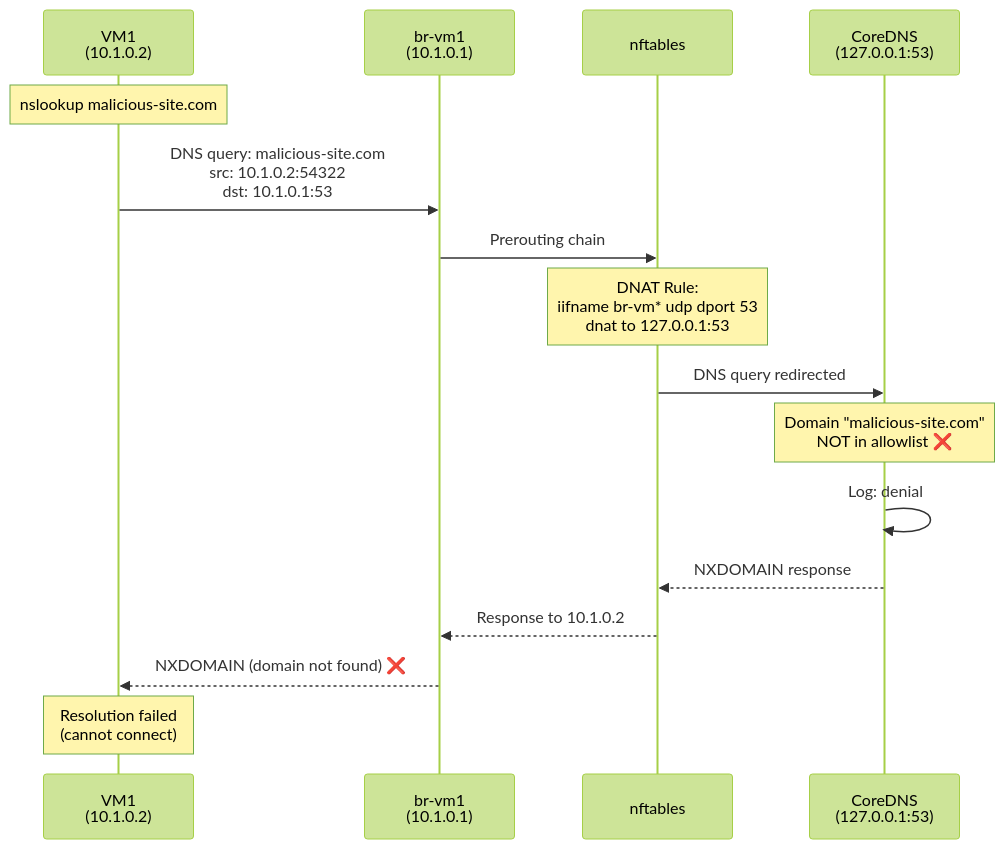
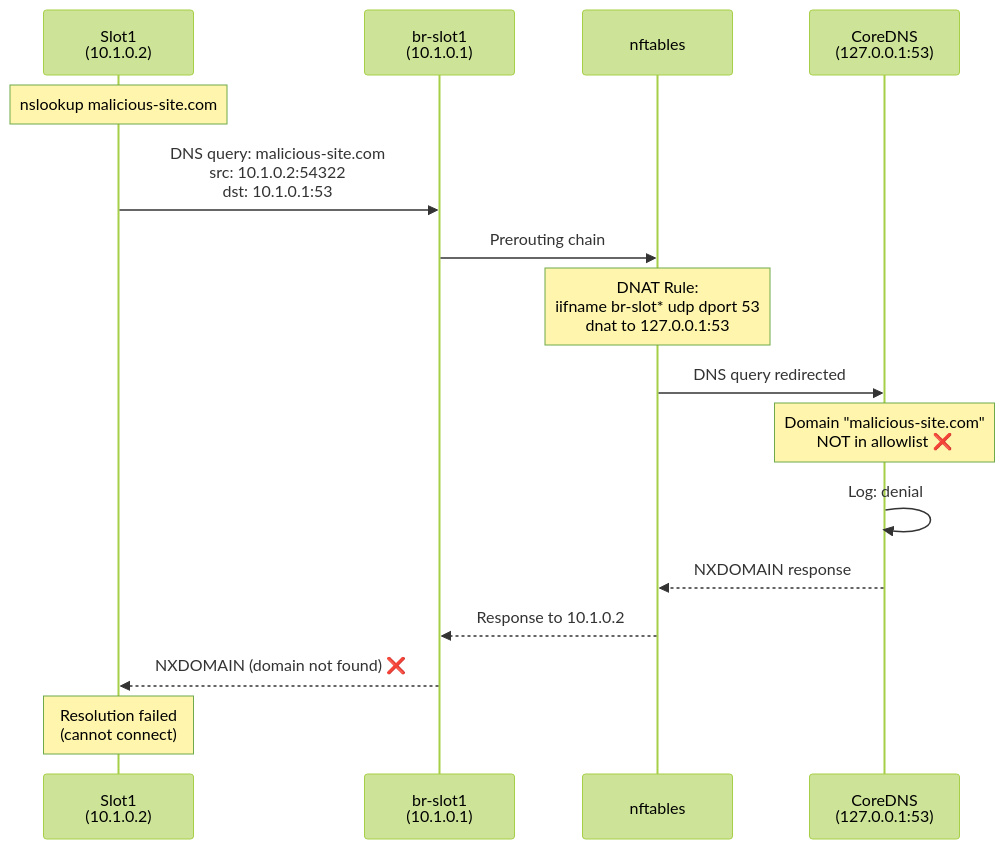
The seventh of 15 diagrams in NETWORK-TOPOLOGY.md (r33drichards/simple-microvm-infra), drawn with Mermaid (forest theme) before and after one commit. The commit also changed other lines of this file and 3 other files, not shown here.

First line of the commit message:
Update documentation for portable state architecture

````diff
--- a/NETWORK-TOPOLOGY.md
+++ b/NETWORK-TOPOLOGY.md
@@ -244,19 +244,19 @@
 ```mermaid
 sequenceDiagram
-    participant VM1 as VM1<br/>(10.1.0.2)
-    participant GW as br-vm1<br/>(10.1.0.1)
+    participant Slot1 as Slot1<br/>(10.1.0.2)
+    participant GW as br-slot1<br/>(10.1.0.1)
     participant NFT as nftables
     participant DNS as CoreDNS<br/>(127.0.0.1:53)
 
-    Note over VM1: nslookup malicious-site.com
-    VM1->>GW: DNS query: malicious-site.com<br/>src: 10.1.0.2:54322<br/>dst: 10.1.0.1:53
+    Note over Slot1: nslookup malicious-site.com
+    Slot1->>GW: DNS query: malicious-site.com<br/>src: 10.1.0.2:54322<br/>dst: 10.1.0.1:53
     GW->>NFT: Prerouting chain
-    Note over NFT: DNAT Rule:<br/>iifname br-vm* udp dport 53<br/>dnat to 127.0.0.1:53
+    Note over NFT: DNAT Rule:<br/>iifname br-slot* udp dport 53<br/>dnat to 127.0.0.1:53
     NFT->>DNS: DNS query redirected
     Note over DNS: Domain "malicious-site.com"<br/>NOT in allowlist ❌
     DNS->>DNS: Log: denial
     DNS-->>NFT: NXDOMAIN response
     NFT-->>GW: Response to 10.1.0.2
-    GW-->>VM1: NXDOMAIN (domain not found) ❌
-    Note over VM1: Resolution failed<br/>(cannot connect)
+    GW-->>Slot1: NXDOMAIN (domain not found) ❌
+    Note over Slot1: Resolution failed<br/>(cannot connect)
 ```
````
